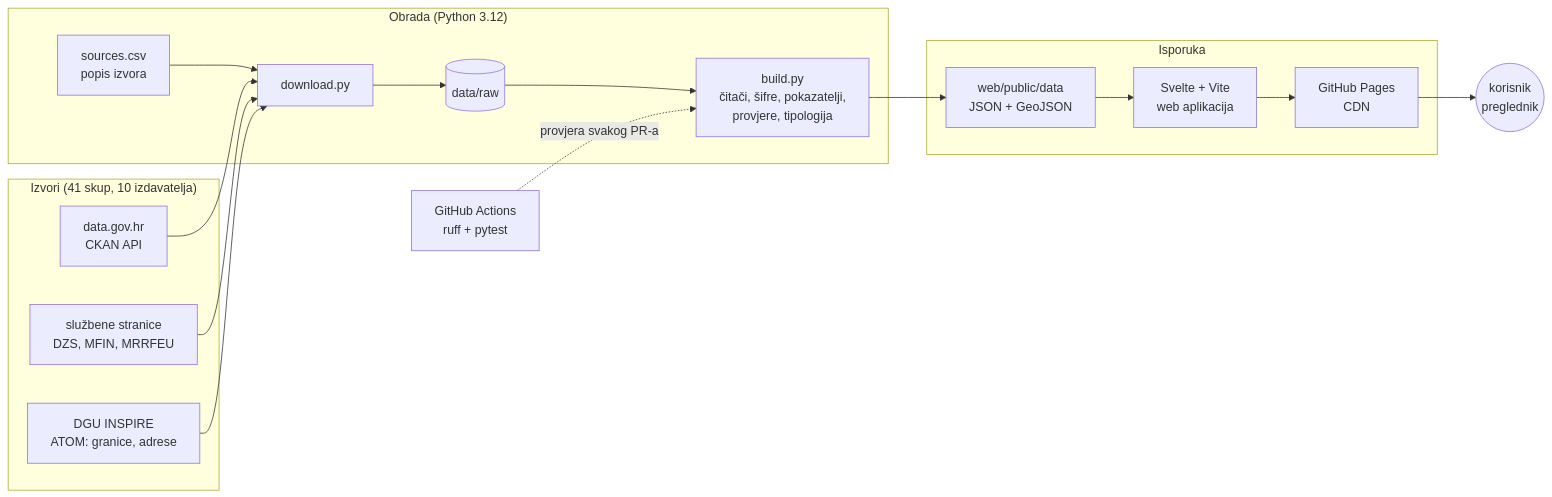
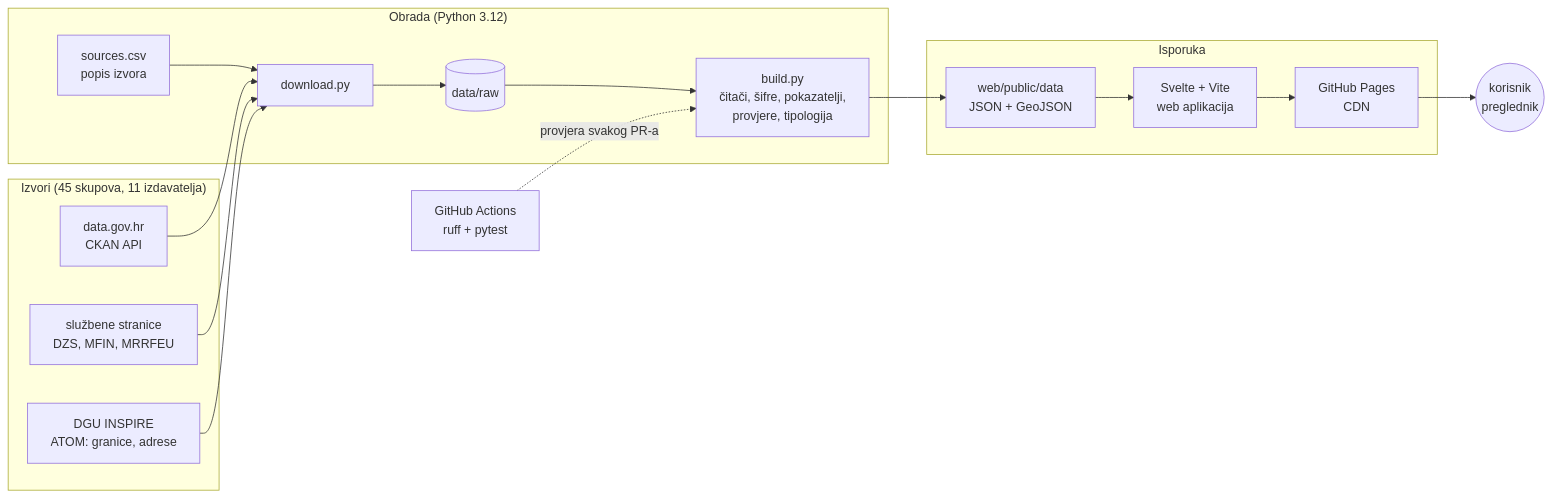
One commit to aborjan1/Kompas-Hrvatske changed the diagram in docs/arhitektura.md. Above: the diagram before and after it, drawn with Mermaid. The commit also changed other lines of this file and 35 other files, not shown here.

````diff
--- a/docs/arhitektura.md
+++ b/docs/arhitektura.md
@@ -15,24 +15,24 @@
 ```mermaid
 flowchart LR
-  subgraph Izvori["Izvori (41 skup, 10 izdavatelja)"]
+  subgraph Izvori["Izvori (45 skupova, 11 izdavatelja)"]
     P[data.gov.hr<br>CKAN API]
     D[službene stranice<br>DZS, MFIN, MRRFEU]
     G[DGU INSPIRE<br>ATOM: granice, adrese]
   end
   subgraph Obrada["Obrada (Python 3.12)"]
     S[sources.csv<br>popis izvora] --> DL[download.py]
     DL --> R[(data/raw)]
     R --> B[build.py<br>čitači, šifre, pokazatelji,<br>provjere, tipologija]
   end
   subgraph Isporuka["Isporuka"]
     O[web/public/data<br>JSON + GeoJSON]
     W[Svelte + Vite<br>web aplikacija]
     GP[GitHub Pages<br>CDN]
   end
   P --> DL
   D --> DL
   G --> DL
   B --> O --> W --> GP
   GA[GitHub Actions<br>ruff + pytest] -. provjera svakog PR-a .-> B
   GP --> K((korisnik<br>preglednik))
 ```
````
